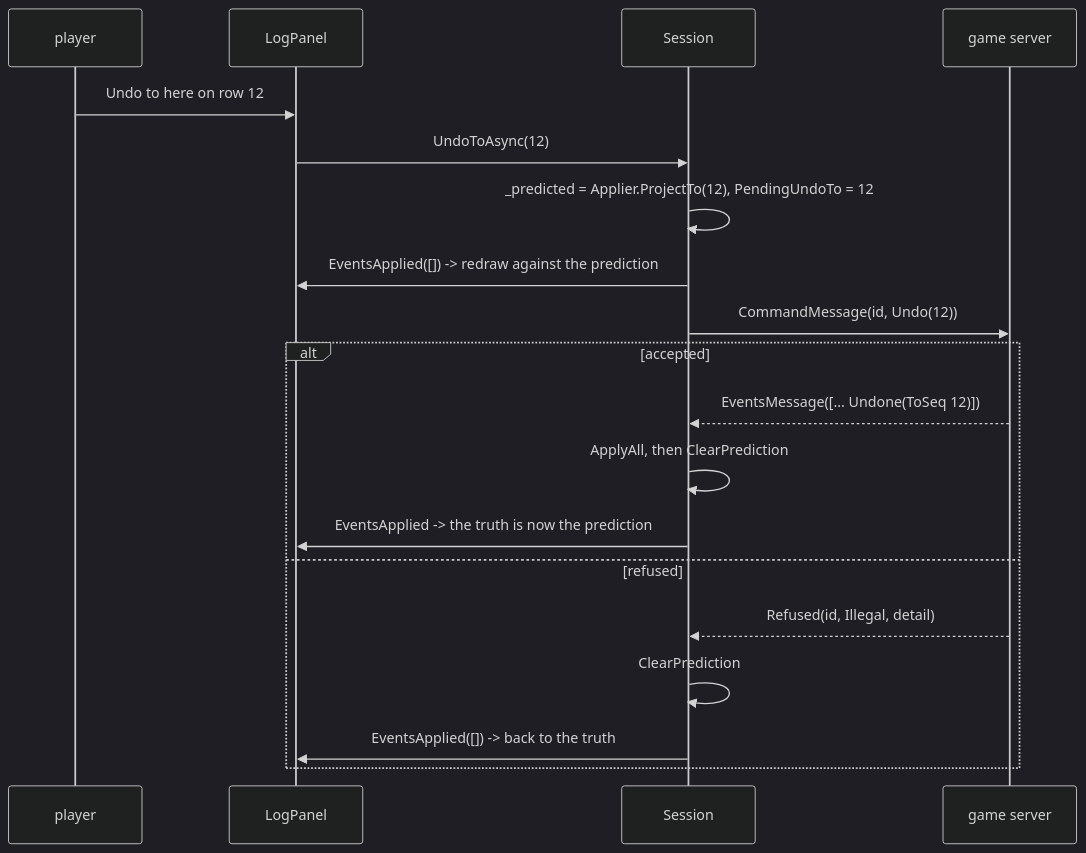
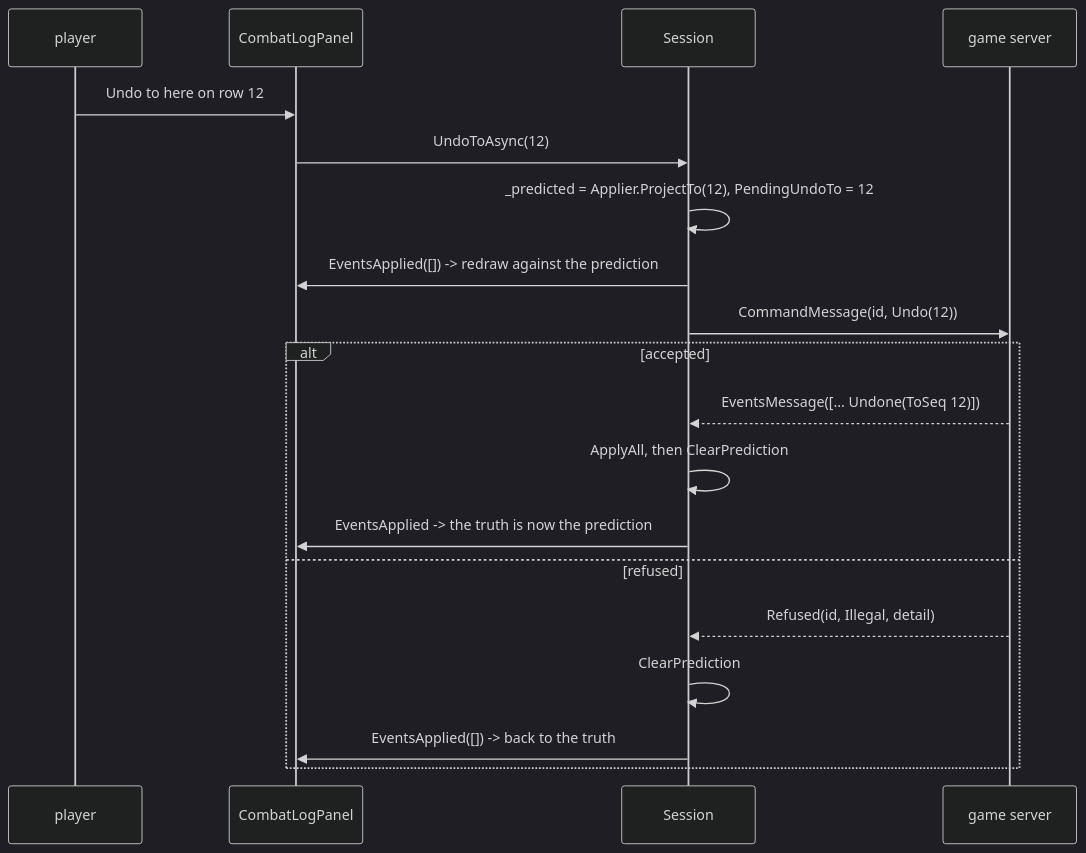
One commit to cstupi/tabletop changed the tenth of 13 diagrams in docs/design/client/design.md. Above: the diagram before and after it, drawn with Mermaid (dark theme). The commit also changed other lines of this file and 6 other files, not shown here.

First line of the commit message:
Document the combat log and the threshold basis

````diff
--- a/docs/design/client/design.md
+++ b/docs/design/client/design.md
@@ -1192,21 +1199,21 @@
 ```mermaid
 sequenceDiagram
   participant P as player
-  participant LP as LogPanel
+  participant LP as CombatLogPanel
   participant S as Session
   participant GS as game server
   P->>LP: Undo to here on row 12
   LP->>S: UndoToAsync(12)
   S->>S: _predicted = Applier.ProjectTo(12), PendingUndoTo = 12
   S->>LP: EventsApplied([]) -> redraw against the prediction
   S->>GS: CommandMessage(id, Undo(12))
   alt accepted
     GS-->>S: EventsMessage([... Undone(ToSeq 12)])
     S->>S: ApplyAll, then ClearPrediction
     S->>LP: EventsApplied -> the truth is now the prediction
   else refused
     GS-->>S: Refused(id, Illegal, detail)
     S->>S: ClearPrediction
     S->>LP: EventsApplied([]) -> back to the truth
   end
 ```
````
